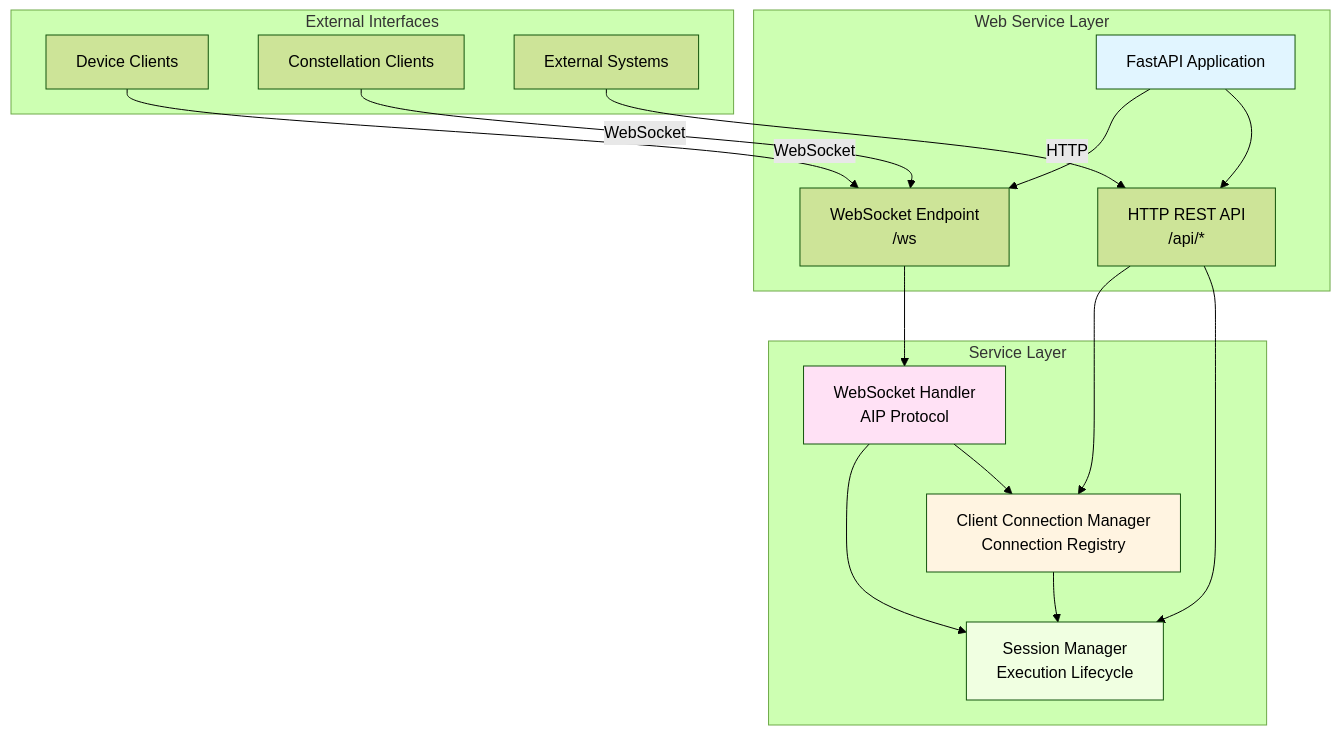
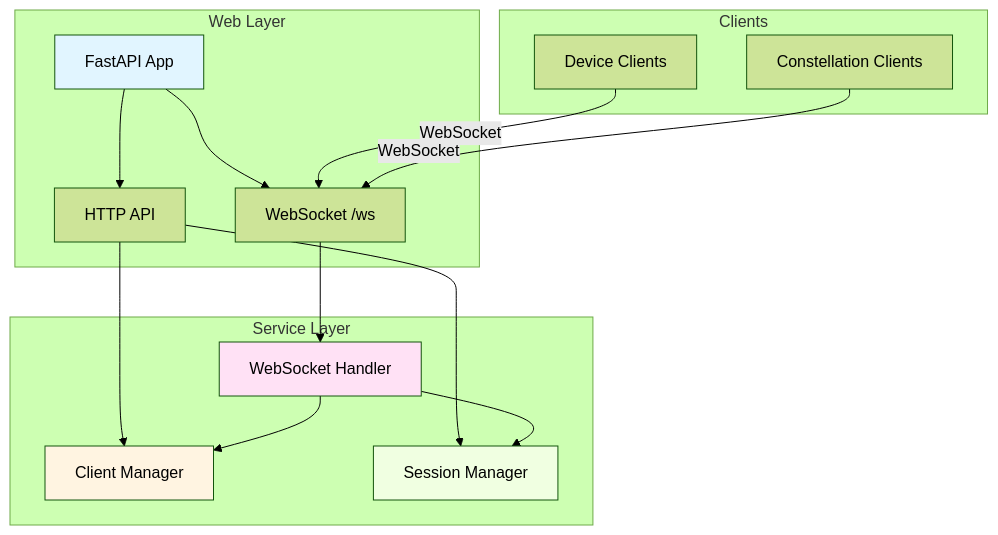
The first of 6 diagrams in documents/docs/server/overview.md (microsoft/UFO), drawn with Mermaid (forest theme) before and after one commit. The commit also changed other lines of this file and 27 other files, not shown here.

````diff
--- a/documents/docs/server/overview.md
+++ b/documents/docs/server/overview.md
@@ -45,40 +40,37 @@
 ```mermaid
 graph TB
-    subgraph "Web Service Layer"
-        FastAPI[FastAPI Application]
-        HTTP[HTTP REST API<br/>/api/*]
-        WS[WebSocket Endpoint<br/>/ws]
+    subgraph "Web Layer"
+        FastAPI[FastAPI App]
+        HTTP[HTTP API]
+        WS[WebSocket /ws]
     end
     
     subgraph "Service Layer"
-        WSM[Client Connection Manager<br/>Connection Registry]
-        SM[Session Manager<br/>Execution Lifecycle]
-        WSH[WebSocket Handler<br/>AIP Protocol]
+        WSM[Client Manager]
+        SM[Session Manager]
+        WSH[WebSocket Handler]
     end
     
-    subgraph "External Interfaces"
+    subgraph "Clients"
         DC[Device Clients]
         CC[Constellation Clients]
-        EXT[External Systems]
     end
     
     FastAPI --> HTTP
     FastAPI --> WS
     
     HTTP --> SM
     HTTP --> WSM
     WS --> WSH
     
     WSH --> WSM
     WSH --> SM
-    WSM --> SM
     
     DC -->|WebSocket| WS
     CC -->|WebSocket| WS
-    EXT -->|HTTP| HTTP
     
     style FastAPI fill:#e1f5ff
     style WSM fill:#fff4e1
     style SM fill:#f0ffe1
     style WSH fill:#ffe1f5
 ```
````
